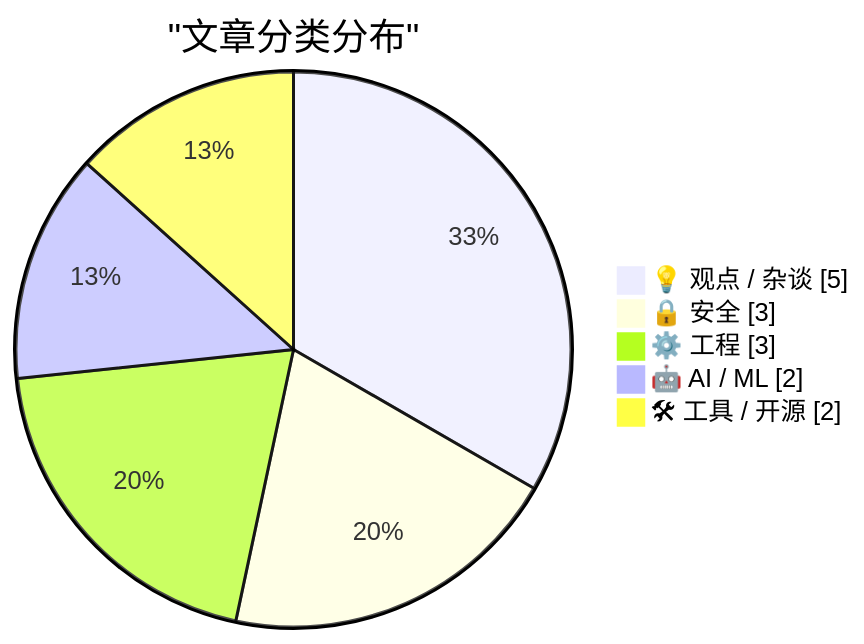
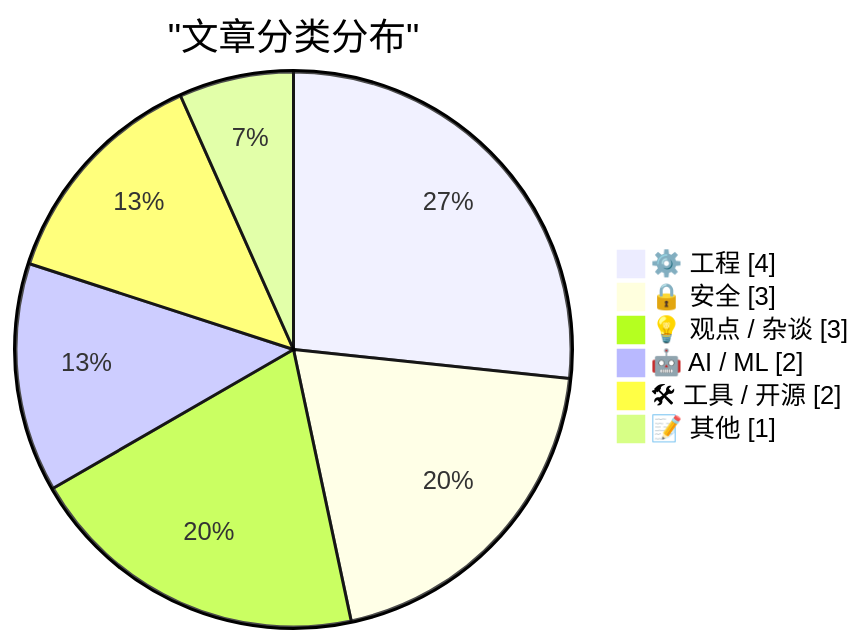
The first of 2 diagrams in docs/digest-20260502.md (AllenX-Li/ai-daily-digest), drawn with Mermaid before and after one commit. The commit also changed other lines of this file and 2 other files, not shown here.

````diff
--- a/docs/digest-20260502.md
+++ b/docs/digest-20260502.md
@@ -53,9 +53,10 @@
 ```mermaid
 pie showData
     title "文章分类分布"
-    "💡 观点 / 杂谈" : 5
+    "⚙️ 工程" : 4
     "🔒 安全" : 3
-    "⚙️ 工程" : 3
+    "💡 观点 / 杂谈" : 3
     "🤖 AI / ML" : 2
     "🛠 工具 / 开源" : 2
+    "📝 其他" : 1
 ```
````
